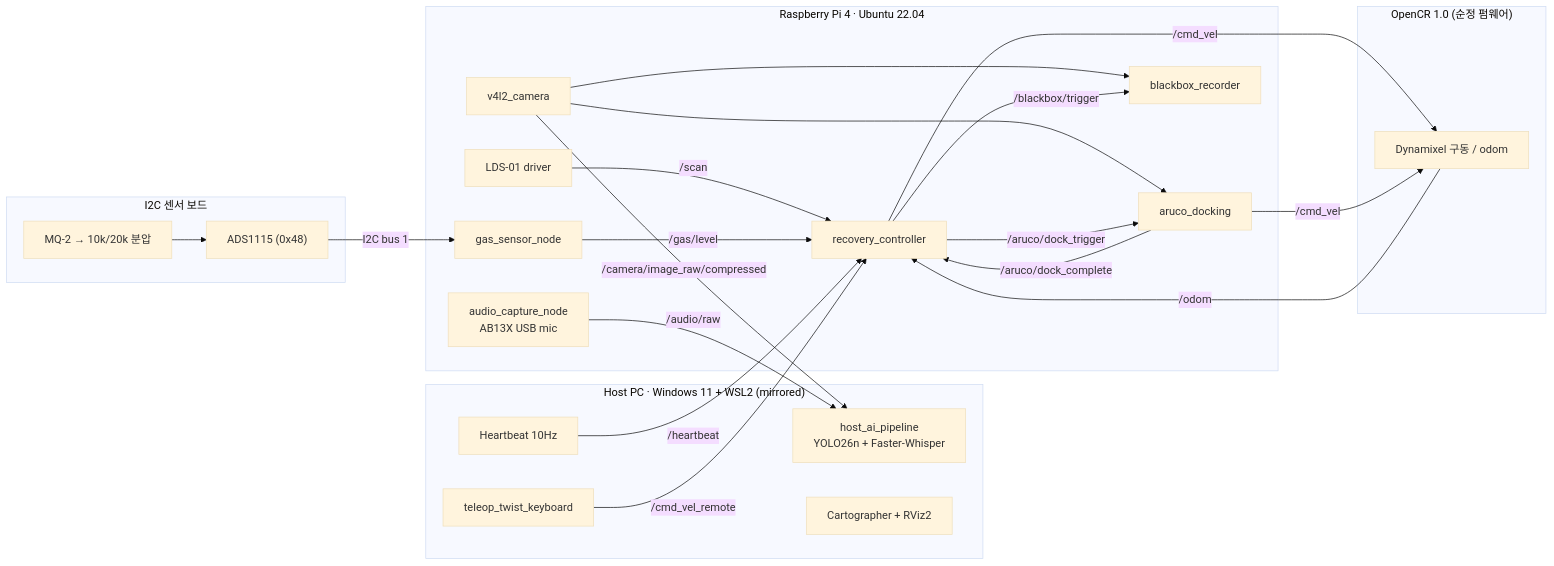
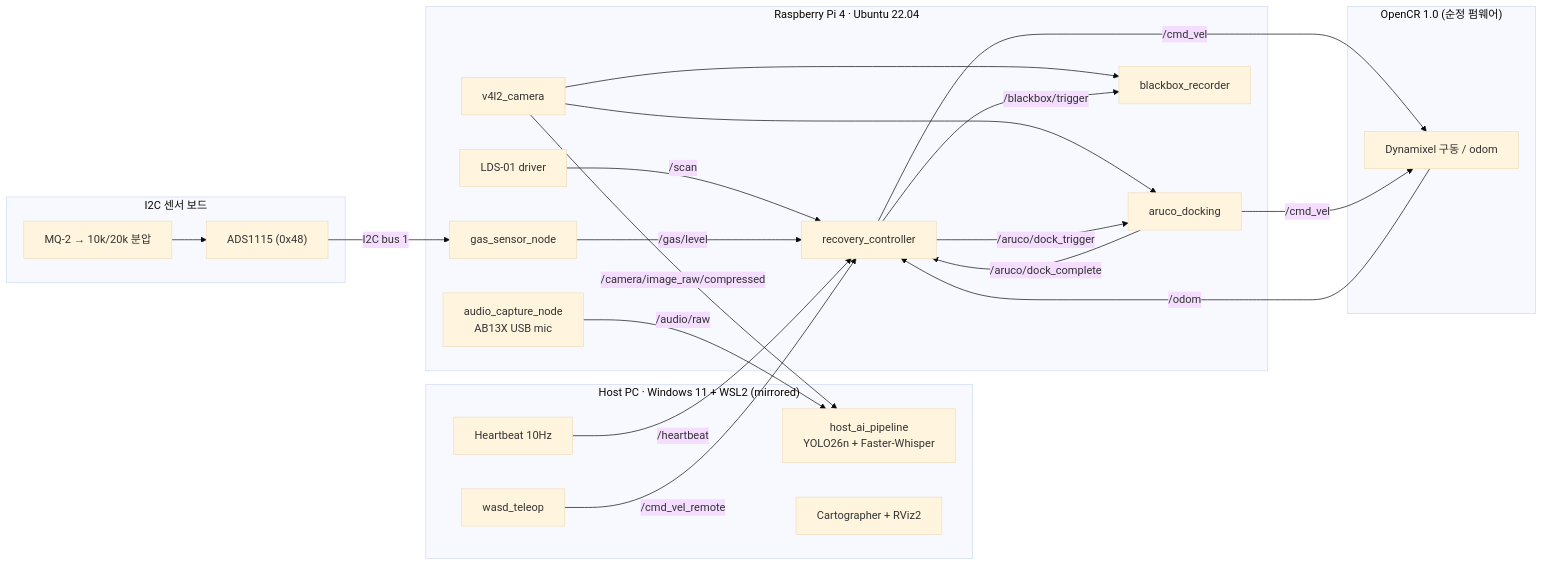
Before and after one commit to rjw136-lab/disaster_recovery_ws: the first of 3 diagrams in README.md, drawn with Mermaid (base theme). The commit also changed other lines of this file, not shown here.

````diff
--- a/README.md
+++ b/README.md
@@ -96,45 +102,45 @@
 ```mermaid
 flowchart LR
     subgraph HOST["Host PC · Windows 11 + WSL2 (mirrored)"]
         HB["Heartbeat 10Hz"]
-        TELEOP["teleop_twist_keyboard"]
+        TELEOP["wasd_teleop"]
         AI["host_ai_pipeline<br/>YOLO26n + Faster-Whisper"]
         SLAM["Cartographer + RViz2"]
     end
 
     subgraph RPI["Raspberry Pi 4 · Ubuntu 22.04"]
         RC["recovery_controller"]
         AD["aruco_docking"]
         BB["blackbox_recorder"]
         GB["gas_sensor_node"]
         CAM["v4l2_camera"]
         MIC["audio_capture_node<br/>AB13X USB mic"]
         LDS["LDS-01 driver"]
     end
 
     subgraph SENS["I2C 센서 보드"]
         MQ2["MQ-2 → 10k/20k 분압"]
         ADS["ADS1115 (0x48)"]
     end
 
     subgraph OCR["OpenCR 1.0 (순정 펌웨어)"]
         MOT["Dynamixel 구동 / odom"]
     end
 
     HB -- "/heartbeat" --> RC
     TELEOP -- "/cmd_vel_remote" --> RC
     CAM -- "/camera/image_raw/compressed" --> AI
     MIC -- "/audio/raw" --> AI
     CAM --> AD
     CAM --> BB
     LDS -- "/scan" --> RC
     MOT -- "/odom" --> RC
     MQ2 --> ADS
     ADS -- "I2C bus 1" --> GB
     GB -- "/gas/level" --> RC
     RC -- "/cmd_vel" --> MOT
     AD -- "/cmd_vel" --> MOT
     RC -- "/aruco/dock_trigger" --> AD
     AD -- "/aruco/dock_complete" --> RC
     RC -- "/blackbox/trigger" --> BB
 ```
````
